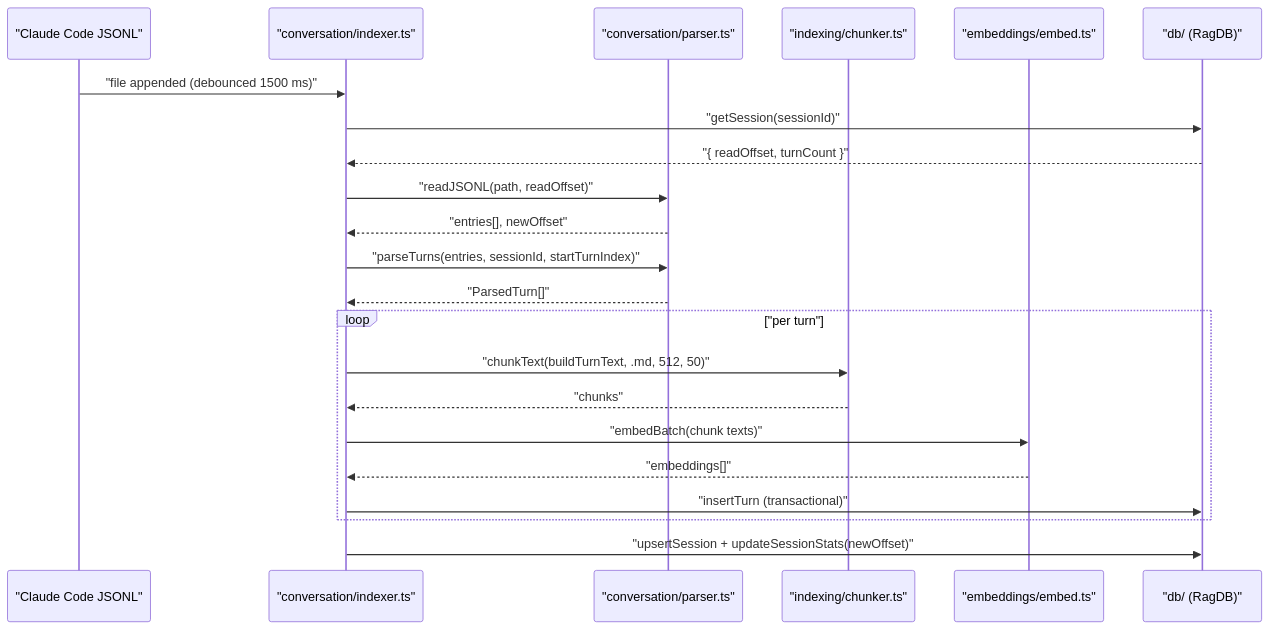
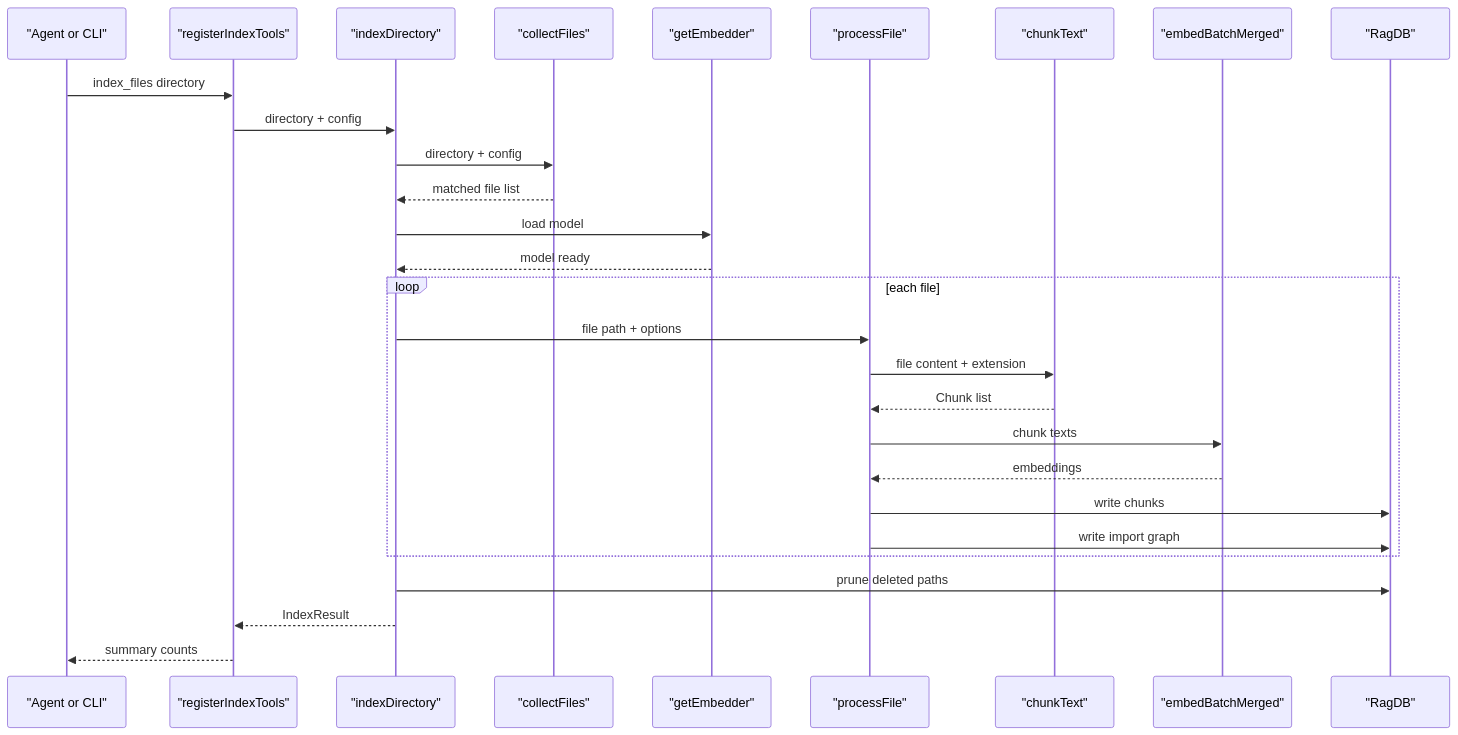
Before and after one commit to TheWinci/mimirs: the second of 3 diagrams in wiki/data-flows.md, drawn with Mermaid. The commit also changed other lines of this file and 100 other files, not shown here.

````diff
--- a/wiki/data-flows.md
+++ b/wiki/data-flows.md
@@ -115,25 +56,31 @@
 ```mermaid
 sequenceDiagram
-  participant fs as "Claude Code JSONL"
-  participant tail as "conversation/indexer.ts"
-  participant parser as "conversation/parser.ts"
-  participant chunker as "indexing/chunker.ts"
-  participant embed as "embeddings/embed.ts"
-  participant db as "db/ (RagDB)"
+    participant caller as "Agent or CLI"
+    participant indexTool as "registerIndexTools"
+    participant dirFn as "indexDirectory"
+    participant collectFn as "collectFiles"
+    participant embedder as "getEmbedder"
+    participant procFn as "processFile"
+    participant chunker as "chunkText"
+    participant embedBatch as "embedBatchMerged"
+    participant ragDB as "RagDB"
 
-  fs->>tail: "file appended (debounced 1500 ms)"
-  tail->>db: "getSession(sessionId)"
-  db-->>tail: "{ readOffset, turnCount }"
-  tail->>parser: "readJSONL(path, readOffset)"
-  parser-->>tail: "entries[], newOffset"
-  tail->>parser: "parseTurns(entries, sessionId, startTurnIndex)"
-  parser-->>tail: "ParsedTurn[]"
-  loop "per turn"
-    tail->>chunker: "chunkText(buildTurnText, .md, 512, 50)"
-    chunker-->>tail: "chunks"
-    tail->>embed: "embedBatch(chunk texts)"
-    embed-->>tail: "embeddings[]"
-    tail->>db: "insertTurn (transactional)"
-  end
-  tail->>db: "upsertSession + updateSessionStats(newOffset)"
+    caller->>indexTool: index_files directory
+    indexTool->>dirFn: directory + config
+    dirFn->>collectFn: directory + config
+    collectFn-->>dirFn: matched file list
+    dirFn->>embedder: load model
+    embedder-->>dirFn: model ready
+    loop each file
+        dirFn->>procFn: file path + options
+        procFn->>chunker: file content + extension
+        chunker-->>procFn: Chunk list
+        procFn->>embedBatch: chunk texts
+        embedBatch-->>procFn: embeddings
+        procFn->>ragDB: write chunks
+        procFn->>ragDB: write import graph
+    end
+    dirFn->>ragDB: prune deleted paths
+    dirFn-->>indexTool: IndexResult
+    indexTool-->>caller: summary counts
 ```
````
